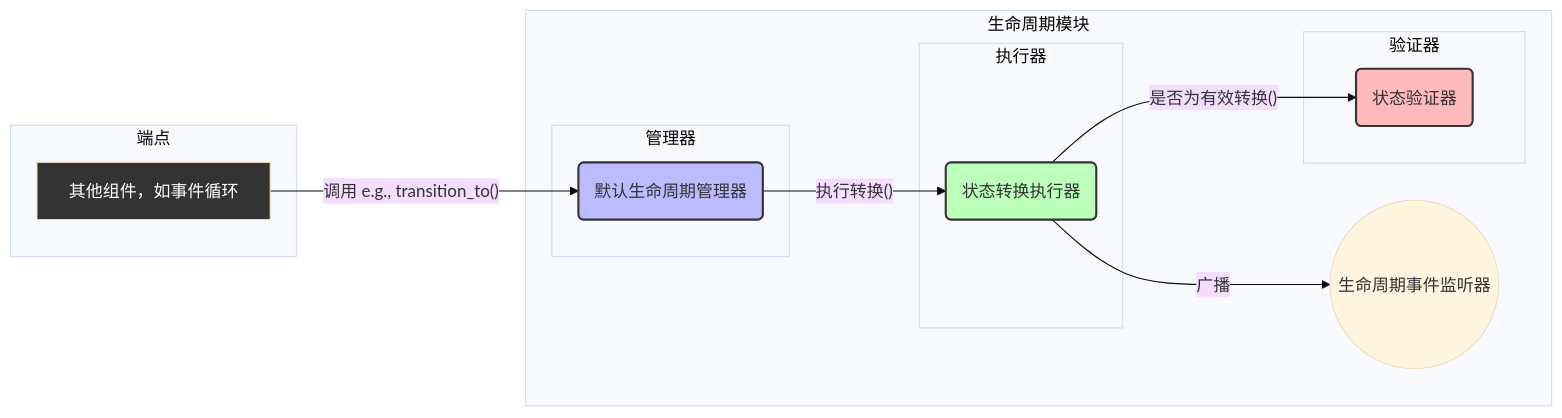
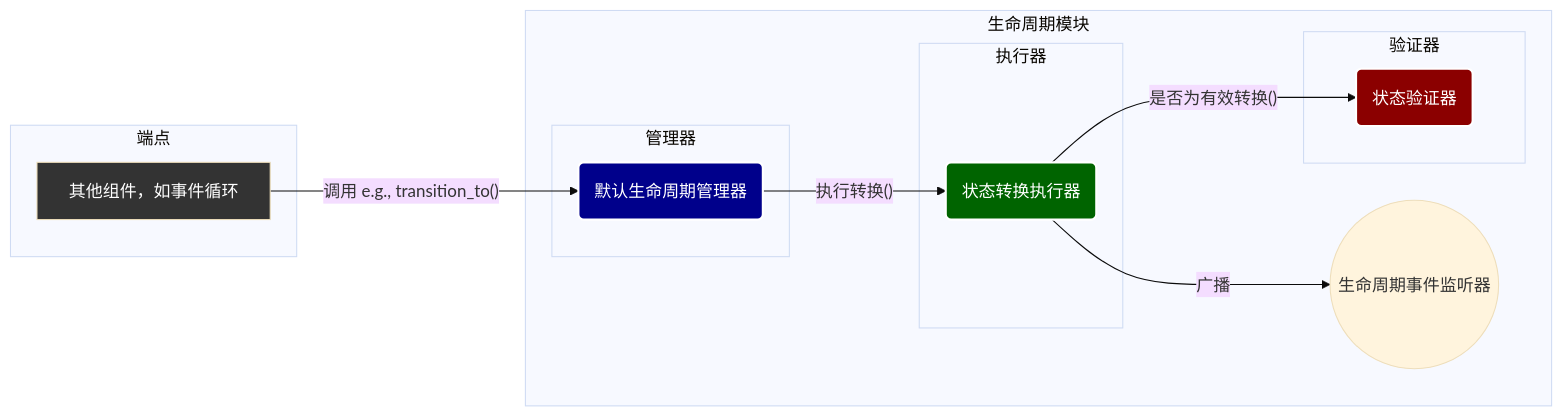
One commit to ShaoG-R/kestrel-protocol changed the diagram in docs/src/dev-docs/components/endpoint/lifecycle.md. Above: the diagram before and after it, drawn with Mermaid (base theme). The commit also changed 3 other files, not shown here.

````diff
--- a/docs/src/dev-docs/components/endpoint/lifecycle.md
+++ b/docs/src/dev-docs/components/endpoint/lifecycle.md
@@ -41,29 +41,29 @@
 ```mermaid
 graph LR
     subgraph 端点
         A[其他组件，如事件循环]
     end
 
     subgraph "生命周期模块"
         subgraph "管理器"
             B(默认生命周期管理器)
         end
         subgraph "执行器"
             C(状态转换执行器)
         end
         subgraph "验证器"
             D(状态验证器)
         end
         
         B -- "执行转换()" --> C
         C -- "是否为有效转换()" --> D
         C -- "广播" --> E((生命周期事件监听器))
     end
     
     A -- "调用 e.g., transition_to()" --> B
 
     style A fill:#333,color:#fff
-    style B fill:#bbf,stroke:#333,stroke-width:2px
-    style C fill:#bfb,stroke:#333,stroke-width:2px
-    style D fill:#fbb,stroke:#333,stroke-width:2px
+    style B fill:#00008B,color:#fff,stroke:#fff,stroke-width:2px
+    style C fill:#006400,color:#fff,stroke:#fff,stroke-width:2px
+    style D fill:#8B0000,color:#fff,stroke:#fff,stroke-width:2px
 ```
````
